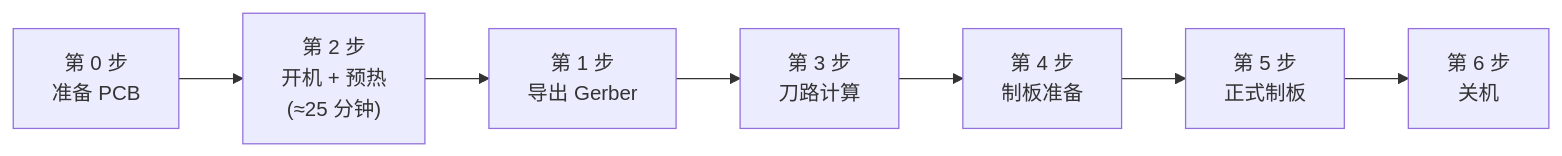
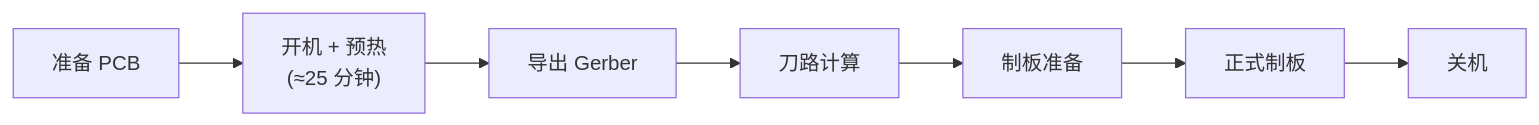
The diagram in src/intro.md (SHMTU-EEHUB/pcb-prototyping-guide), drawn with Mermaid before and after one commit. The commit also changed other lines of this file and 13 other files, not shown here.

````diff
--- a/src/intro.md
+++ b/src/intro.md
@@ -55,9 +55,9 @@
 ```mermaid
 flowchart LR
-    S0["第 0 步<br/>准备 PCB"] --> S2["第 2 步<br/>开机 + 预热<br/>(≈25 分钟)"]
-    S2 --> S1["第 1 步<br/>导出 Gerber"]
-    S1 --> S3["第 3 步<br/>刀路计算"]
-    S3 --> S4["第 4 步<br/>制板准备"]
-    S4 --> S5["第 5 步<br/>正式制板"]
-    S5 --> S6["第 6 步<br/>关机"]
+    S0["准备 PCB"] --> S2["开机 + 预热<br/>(≈25 分钟)"]
+    S2 --> S1["导出 Gerber"]
+    S1 --> S3["刀路计算"]
+    S3 --> S4["制板准备"]
+    S4 --> S5["正式制板"]
+    S5 --> S6["关机"]
 ```
````
